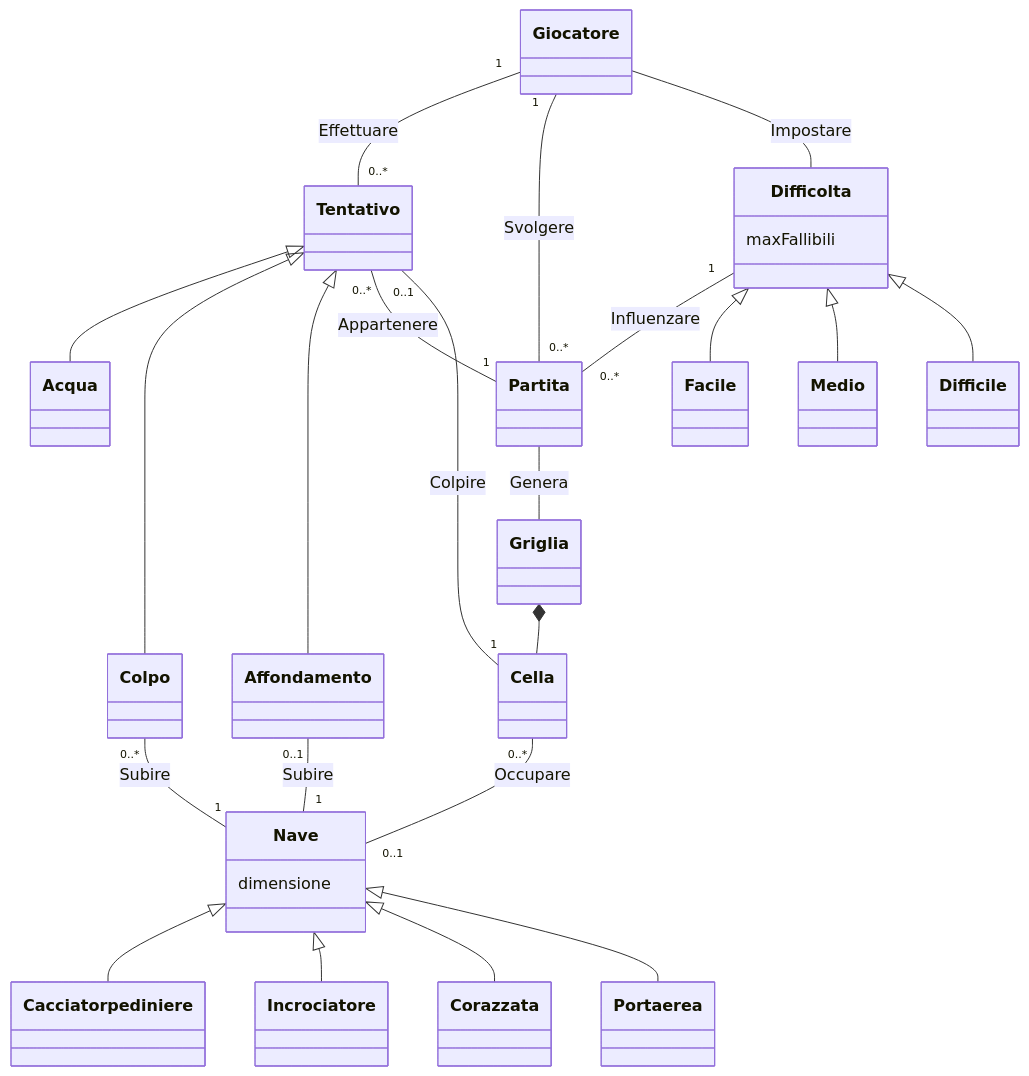
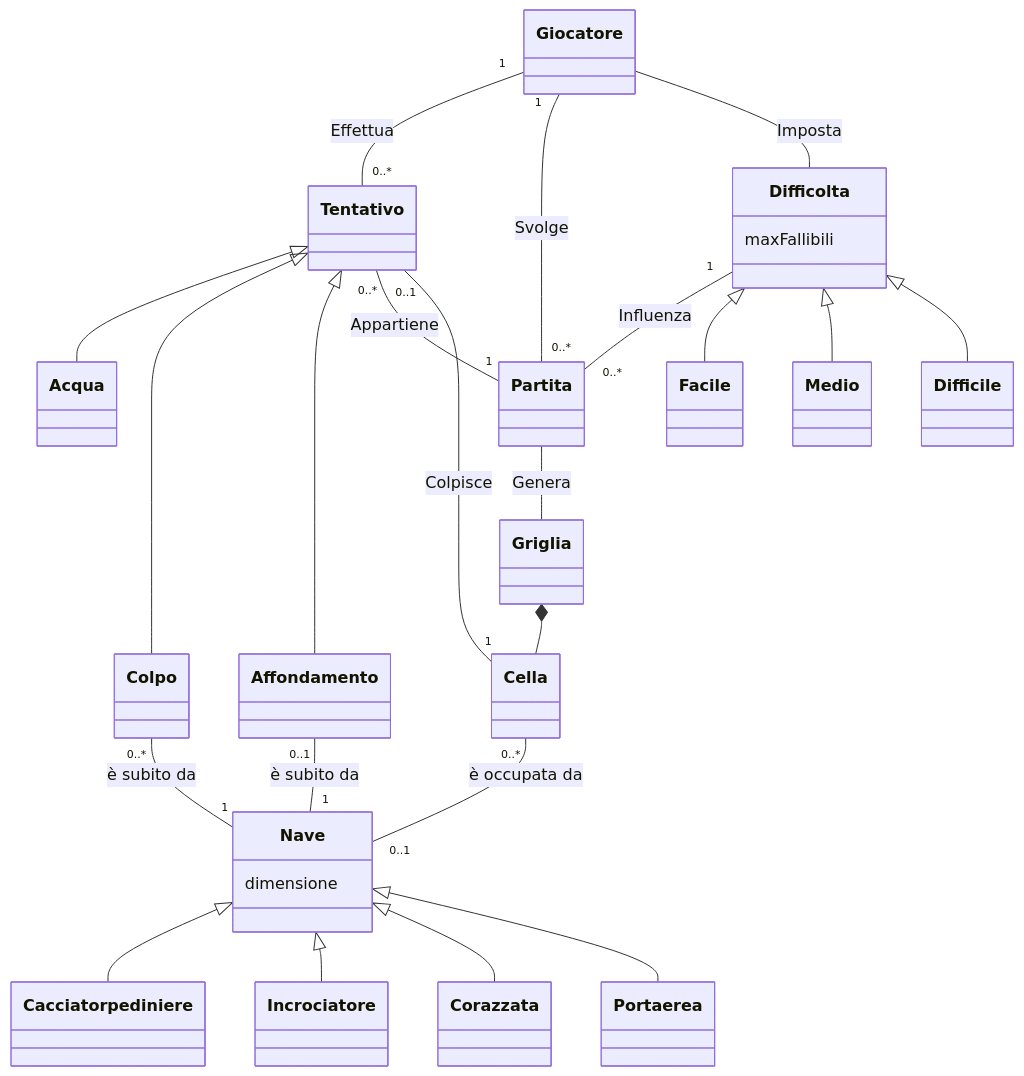
The diagram in docs/Report.md (softeng2223-inf-uniba/progetto2223-thacker), drawn with Mermaid before and after one commit.

Commit message:
Convertite etichette delle associazioni come espressioni al presente

````diff
--- a/docs/Report.md
+++ b/docs/Report.md
@@ -7,41 +7,41 @@
 ```mermaid
     
     classDiagram
         
-        Giocatore "1" -- "0..*" Tentativo : Effettuare
-        Giocatore "1" -- "0..*" Partita : Svolgere
-        Giocatore -- Difficolta : Impostare
+        Giocatore "1" -- "0..*" Tentativo : Effettua
+        Giocatore "1" -- "0..*" Partita : Svolge
+        Giocatore -- Difficolta : Imposta
 
-        Difficolta "1" -- "0..*" Partita : Influenzare
+        Difficolta "1" -- "0..*" Partita : Influenza
         Difficolta <|-- Facile
         Difficolta <|-- Medio
         Difficolta <|-- Difficile 
 
         Nave <|-- Cacciatorpediniere
         Nave <|-- Incrociatore
         Nave <|-- Corazzata
         Nave <|-- Portaerea
         
         Tentativo <|-- Acqua
         Tentativo <|-- Colpo
         Tentativo <|-- Affondamento
-        Tentativo "0..*" -- "1" Partita : Appartenere
-        Tentativo "0..1" -- "1" Cella : Colpire
+        Tentativo "0..*" -- "1" Partita : Appartiene
+        Tentativo "0..1" -- "1" Cella : Colpisce
 
         Griglia *-- Cella
         Partita -- Griglia : Genera
-        Cella "0..*" -- "0..1" Nave : Occupare
-        Colpo "0..*" -- "1" Nave : Subire
-        Affondamento "0..1" -- "1" Nave : Subire
+        Cella "0..*" -- "0..1" Nave : è occupata da
+        Colpo "0..*" -- "1" Nave : è subito da
+        Affondamento "0..1" -- "1" Nave : è subito da
 
 
         class Nave{
             dimensione
         }
 
         class Difficolta{
             maxFallibili
         }
 
 
 ```
````
